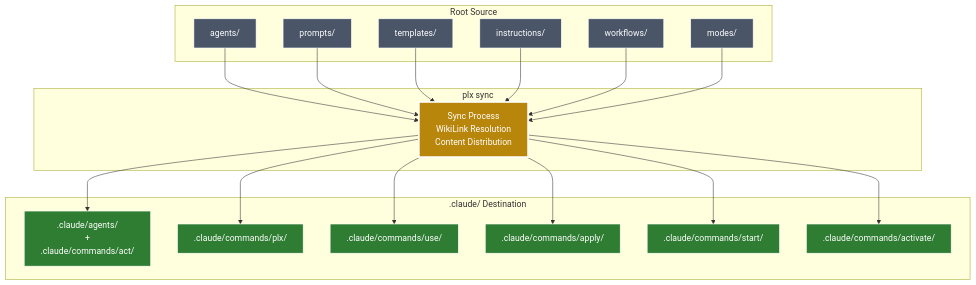
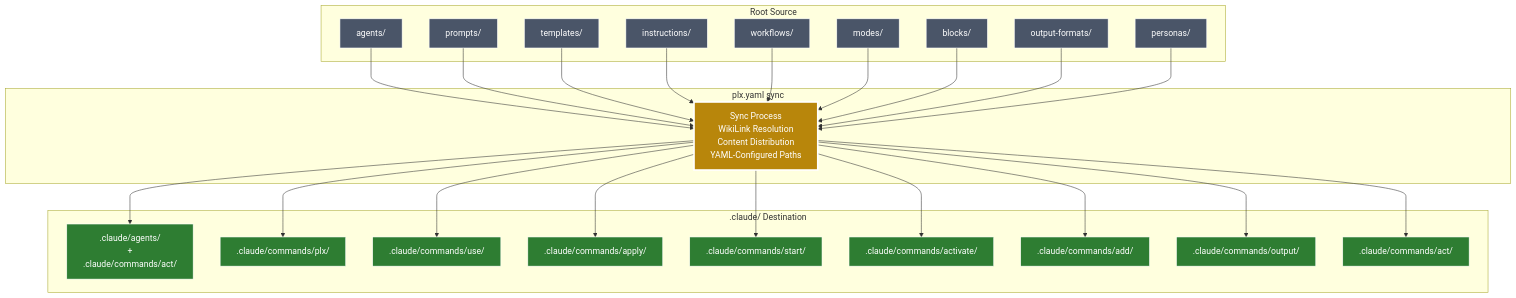
Before and after one commit to its-brianwithai/pew-pew-plx: the fifth of 6 diagrams in README.md, drawn with Mermaid. The commit also changed other lines of this file, not shown here.

````diff
--- a/README.md
+++ b/README.md
@@ -403,52 +415,70 @@
 ```mermaid
 graph TD
     subgraph "Root Source"
         A1[agents/]
         P1[prompts/]
         T1[templates/]
         I1[instructions/]
         W1[workflows/]
         M1[modes/]
+        B1[blocks/]
+        O1[output-formats/]
+        PE1[personas/]
     end
     
-    subgraph "plx sync"
-        SYNC[Sync Process<br/>WikiLink Resolution<br/>Content Distribution]
+    subgraph "plx.yaml sync"
+        SYNC[Sync Process<br/>WikiLink Resolution<br/>Content Distribution<br/>YAML-Configured Paths]
     end
     
     subgraph ".claude/ Destination"
         A2[.claude/agents/<br/>+<br/>.claude/commands/act/]
         P2[.claude/commands/plx/]
         T2[.claude/commands/use/]
         I2[.claude/commands/apply/]
         W2[.claude/commands/start/]
         M2[.claude/commands/activate/]
+        B2[.claude/commands/add/]
+        O2[.claude/commands/output/]
+        PE2[.claude/commands/act/]
     end
     
     A1 --> SYNC
     P1 --> SYNC
     T1 --> SYNC
     I1 --> SYNC
     W1 --> SYNC
     M1 --> SYNC
+    B1 --> SYNC
+    O1 --> SYNC
+    PE1 --> SYNC
     
     SYNC --> A2
     SYNC --> P2
     SYNC --> T2
     SYNC --> I2
     SYNC --> W2
     SYNC --> M2
+    SYNC --> B2
+    SYNC --> O2
+    SYNC --> PE2
     
     style SYNC fill:#b8860b,stroke:#fff,stroke-width:3px,color:#fff
     style A1 fill:#4a5568,stroke:#fff,color:#fff
     style P1 fill:#4a5568,stroke:#fff,color:#fff
     style T1 fill:#4a5568,stroke:#fff,color:#fff
     style I1 fill:#4a5568,stroke:#fff,color:#fff
     style W1 fill:#4a5568,stroke:#fff,color:#fff
     style M1 fill:#4a5568,stroke:#fff,color:#fff
+    style B1 fill:#4a5568,stroke:#fff,color:#fff
+    style O1 fill:#4a5568,stroke:#fff,color:#fff
+    style PE1 fill:#4a5568,stroke:#fff,color:#fff
     style A2 fill:#2e7d32,stroke:#fff,color:#fff
     style P2 fill:#2e7d32,stroke:#fff,color:#fff
     style T2 fill:#2e7d32,stroke:#fff,color:#fff
     style I2 fill:#2e7d32,stroke:#fff,color:#fff
     style W2 fill:#2e7d32,stroke:#fff,color:#fff
     style M2 fill:#2e7d32,stroke:#fff,color:#fff
+    style B2 fill:#2e7d32,stroke:#fff,color:#fff
+    style O2 fill:#2e7d32,stroke:#fff,color:#fff
+    style PE2 fill:#2e7d32,stroke:#fff,color:#fff
 ```
````
